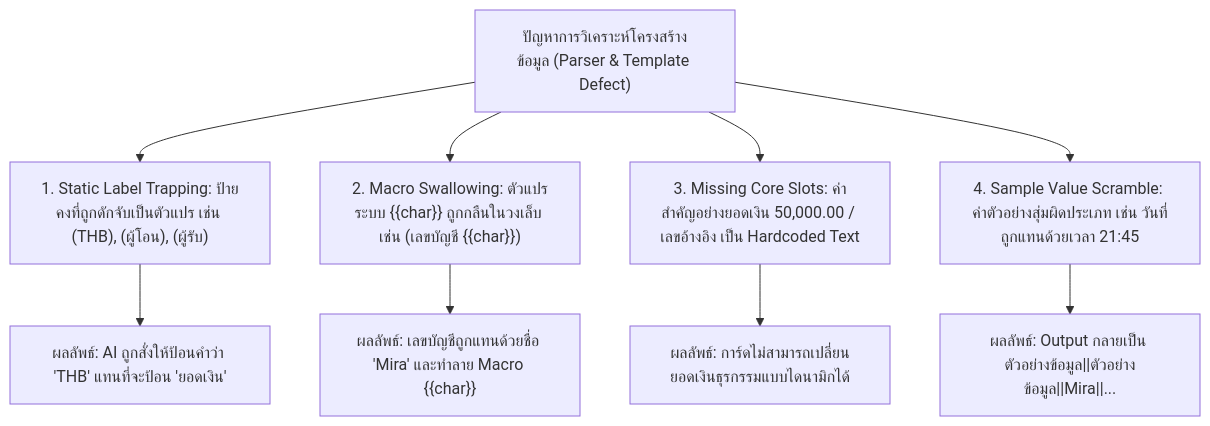
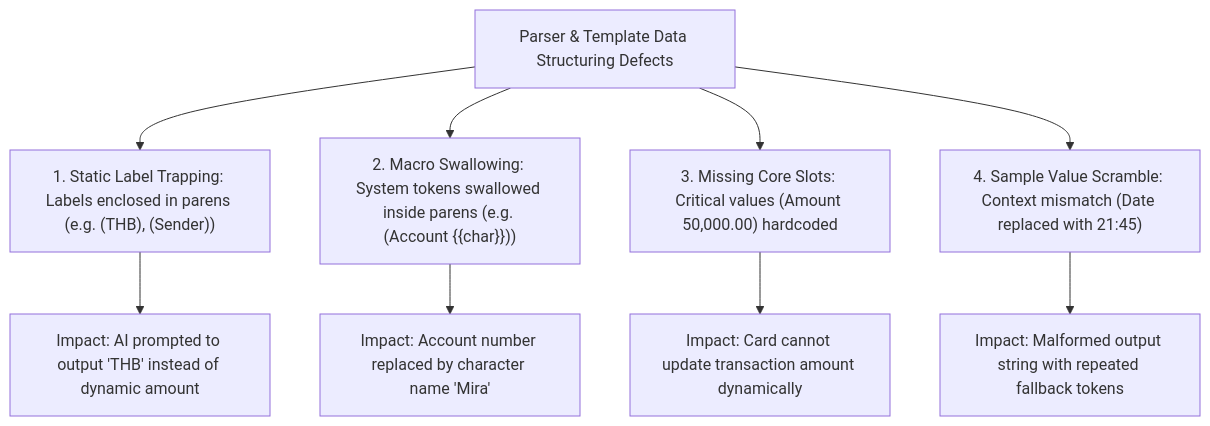
One commit to jadesolju/Snippet-Studio changed the third of 5 diagrams in RUBII_BACKGROUND_AND_BARS_ANALYSIS.md. Above: the diagram before and after it, drawn with Mermaid. The commit also changed other lines of this file and 2 other files, not shown here.

Commit message:
docs: standardize all Mermaid diagrams to English with Thai workflow blockquotes and zero emojis

````diff
--- a/RUBII_BACKGROUND_AND_BARS_ANALYSIS.md
+++ b/RUBII_BACKGROUND_AND_BARS_ANALYSIS.md
@@ -147,12 +155,12 @@
 ```mermaid
-graph TD
-    A["ปัญหาการวิเคราะห์โครงสร้างข้อมูล (Parser & Template Defect)"] --> B["1. Static Label Trapping: ป้ายคงที่ถูกดักจับเป็นตัวแปร เช่น (THB), (ผู้โอน), (ผู้รับ)"]
-    A --> C["2. Macro Swallowing: ตัวแปรระบบ {{char}} ถูกกลืนในวงเล็บ เช่น (เลขบัญชี {{char}})"]
-    A --> D["3. Missing Core Slots: ค่าสำคัญอย่างยอดเงิน 50,000.00 / เลขอ้างอิง เป็น Hardcoded Text"]
-    A --> E["4. Sample Value Scramble: ค่าตัวอย่างสุ่มผิดประเภท เช่น วันที่ถูกแทนด้วยเวลา 21:45"]
+flowchart TD
+    A["Parser & Template Data Structuring Defects"] --> B["1. Static Label Trapping: Labels enclosed in parens (e.g. (THB), (Sender))"]
+    A --> C["2. Macro Swallowing: System tokens swallowed inside parens (e.g. (Account {{char}}))"]
+    A --> D["3. Missing Core Slots: Critical values (Amount 50,000.00) hardcoded"]
+    A --> E["4. Sample Value Scramble: Context mismatch (Date replaced with 21:45)"]
     
-    B --> F["ผลลัพธ์: AI ถูกสั่งให้ป้อนคำว่า 'THB' แทนที่จะป้อน 'ยอดเงิน'"]
-    C --> G["ผลลัพธ์: เลขบัญชีถูกแทนด้วยชื่อ 'Mira' และทำลาย Macro {{char}}"]
-    D --> H["ผลลัพธ์: การ์ดไม่สามารถเปลี่ยนยอดเงินธุรกรรมแบบไดนามิกได้"]
-    E --> I["ผลลัพธ์: Output กลายเป็น <kbank-slip>ตัวอย่างข้อมูล||ตัวอย่างข้อมูล||Mira||...</kbank-slip>"]
+    B --> F["Impact: AI prompted to output 'THB' instead of dynamic amount"]
+    C --> G["Impact: Account number replaced by character name 'Mira'"]
+    D --> H["Impact: Card cannot update transaction amount dynamically"]
+    E --> I["Impact: Malformed output string with repeated fallback tokens"]
 ```
````
